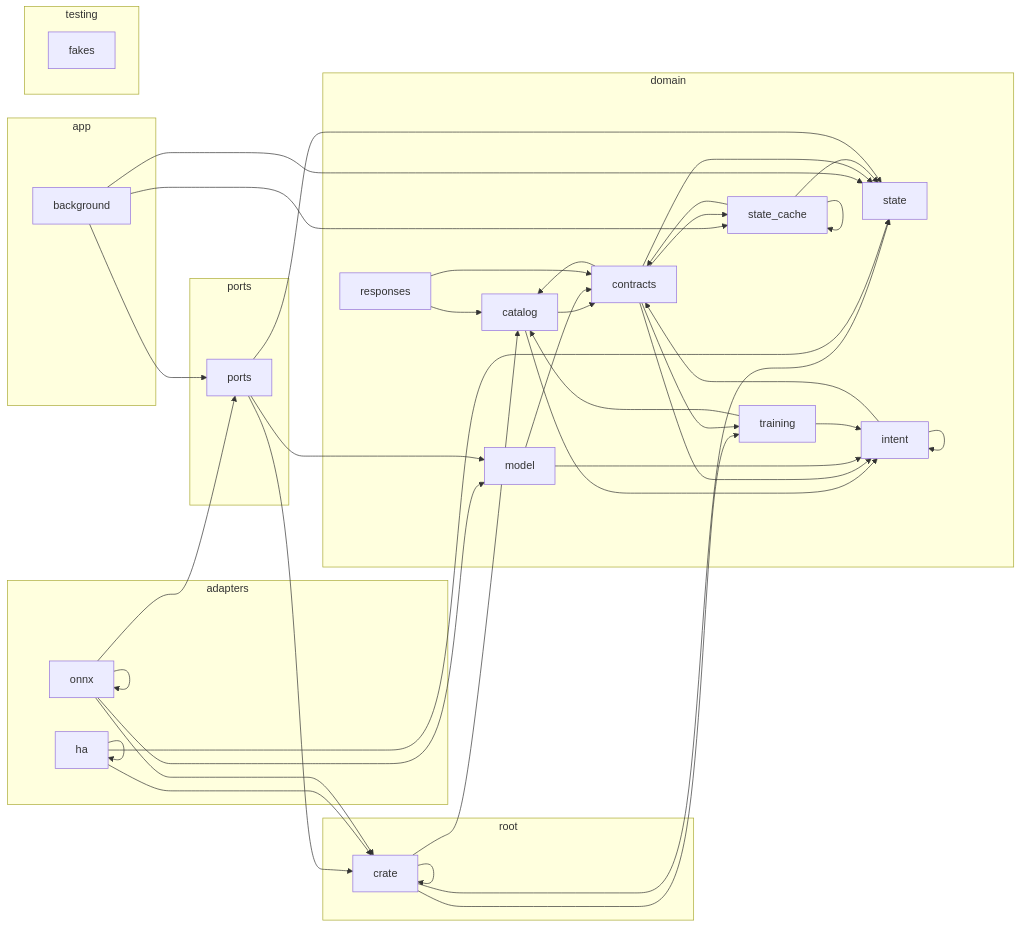
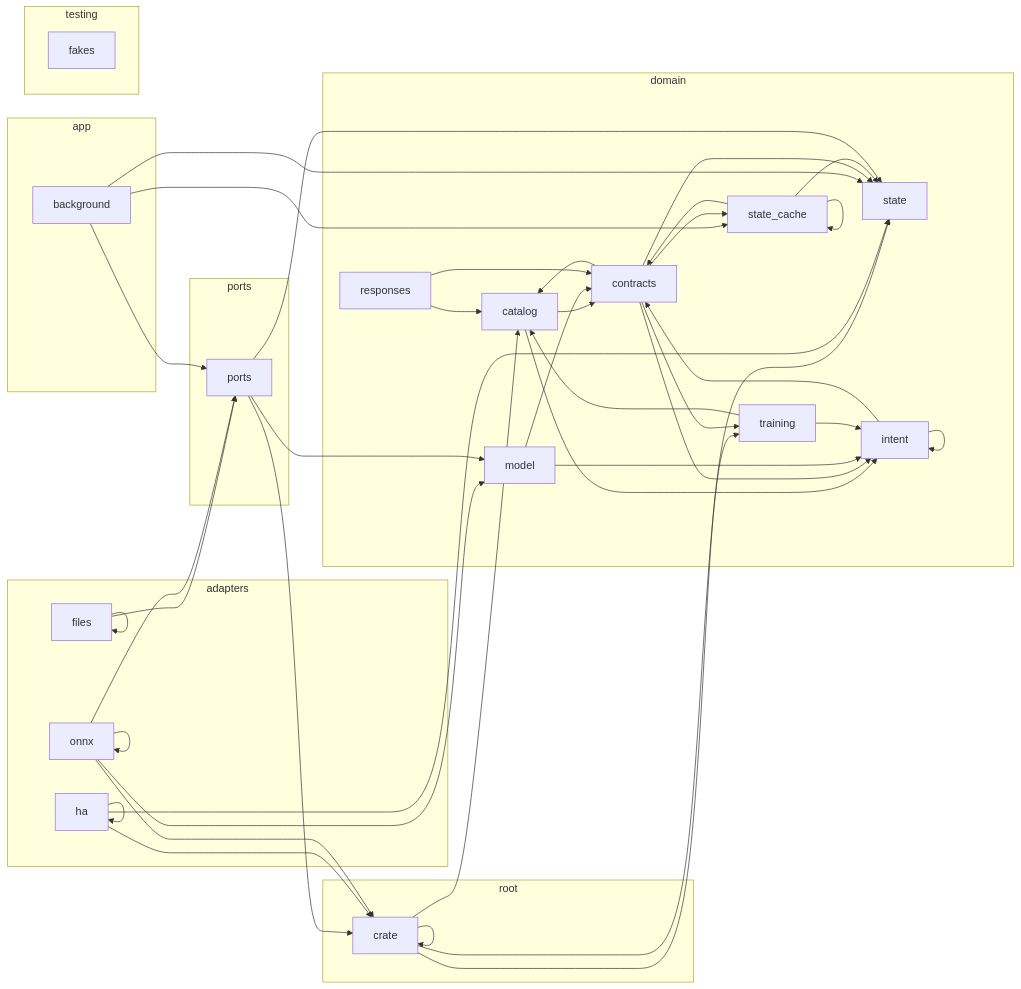
Before and after one commit to louislang/ha-jarvis: the diagram in docs/architecture.md, drawn with Mermaid. The commit also changed 4 other files, not shown here.

````diff
--- a/docs/architecture.md
+++ b/docs/architecture.md
@@ -5,64 +5,67 @@
 ```mermaid
 flowchart LR
     subgraph adapters
+        crate_adapters_files[files]
         crate_adapters_ha[ha]
         crate_adapters_onnx[onnx]
     end
     subgraph app
         crate_app_background[background]
     end
     subgraph domain
         crate_domain_catalog[catalog]
         crate_domain_contracts[contracts]
         crate_domain_intent[intent]
         crate_domain_model[model]
         crate_domain_responses[responses]
         crate_domain_state[state]
         crate_domain_state_cache[state_cache]
         crate_domain_training[training]
     end
     subgraph ports
         crate_ports[ports]
     end
     subgraph root
         crate[crate]
     end
     subgraph testing
         crate_testing_fakes[fakes]
     end
     crate --> crate
     crate --> crate_domain_catalog
     crate --> crate_domain_state
     crate --> crate_domain_training
+    crate_adapters_files --> crate_adapters_files
+    crate_adapters_files --> crate_ports
     crate_adapters_ha --> crate
     crate_adapters_ha --> crate_adapters_ha
     crate_adapters_ha --> crate_domain_state
     crate_adapters_onnx --> crate
     crate_adapters_onnx --> crate_adapters_onnx
     crate_adapters_onnx --> crate_domain_model
     crate_adapters_onnx --> crate_ports
     crate_app_background --> crate_domain_state
     crate_app_background --> crate_domain_state_cache
     crate_app_background --> crate_ports
     crate_domain_catalog --> crate_domain_contracts
     crate_domain_catalog --> crate_domain_intent
     crate_domain_contracts --> crate_domain_catalog
     crate_domain_contracts --> crate_domain_intent
     crate_domain_contracts --> crate_domain_state
     crate_domain_contracts --> crate_domain_state_cache
     crate_domain_contracts --> crate_domain_training
     crate_domain_intent --> crate_domain_contracts
     crate_domain_intent --> crate_domain_intent
     crate_domain_model --> crate_domain_contracts
     crate_domain_model --> crate_domain_intent
     crate_domain_responses --> crate_domain_catalog
     crate_domain_responses --> crate_domain_contracts
     crate_domain_state_cache --> crate_domain_contracts
     crate_domain_state_cache --> crate_domain_state
     crate_domain_state_cache --> crate_domain_state_cache
     crate_domain_training --> crate_domain_catalog
     crate_domain_training --> crate_domain_intent
     crate_ports --> crate
     crate_ports --> crate_domain_model
     crate_ports --> crate_domain_state
 ```
````
